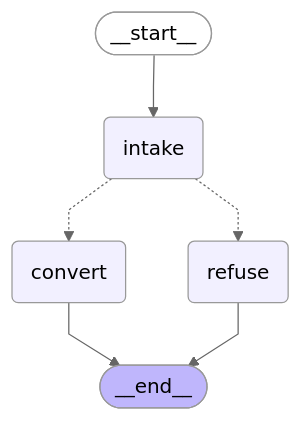
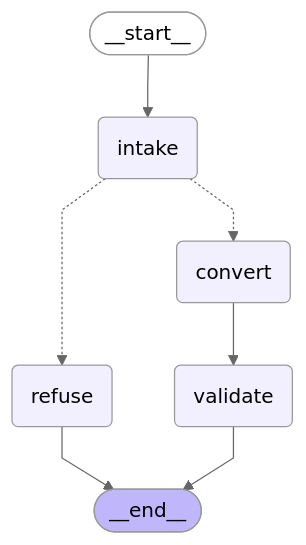
The diagram in README.md (varunbhatt2193/selenium2playwright), drawn with Mermaid (neutral theme) before and after one commit. The commit also changed other lines of this file and 5 other files, not shown here.

Commit message:
feat(m2): validate conversions in the graph and report gate results

````diff
--- a/README.md
+++ b/README.md
@@ -18,21 +18,23 @@
 ```mermaid
 ---
 config:
   flowchart:
     curve: linear
 ---
 graph TD;
 	__start__([<p>__start__</p>]):::first
 	intake(intake)
 	convert(convert)
 	refuse(refuse)
+	validate(validate)
 	__end__([<p>__end__</p>]):::last
 	__start__ --> intake;
+	convert --> validate;
 	intake -.-> convert;
 	intake -.-> refuse;
-	convert --> __end__;
 	refuse --> __end__;
+	validate --> __end__;
 	classDef default fill:#f2f0ff,line-height:1.2
 	classDef first fill-opacity:0
 	classDef last fill:#bfb6fc
 ```
````
